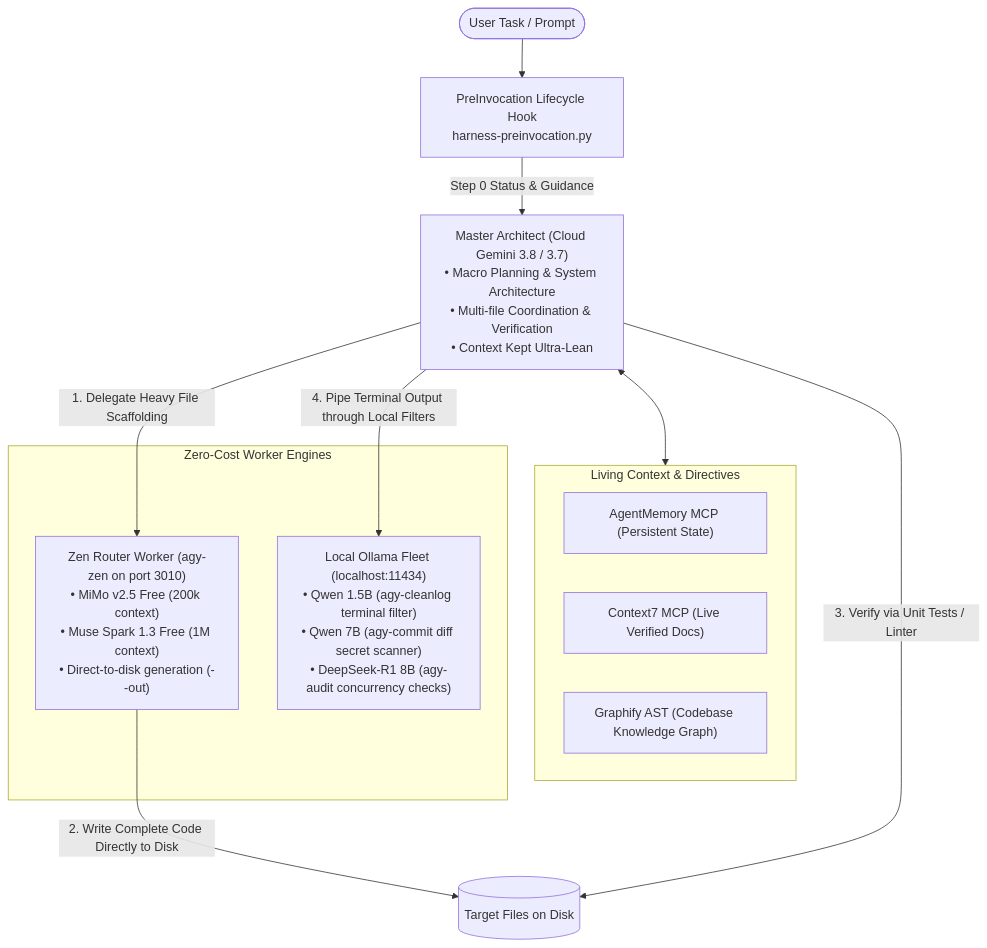
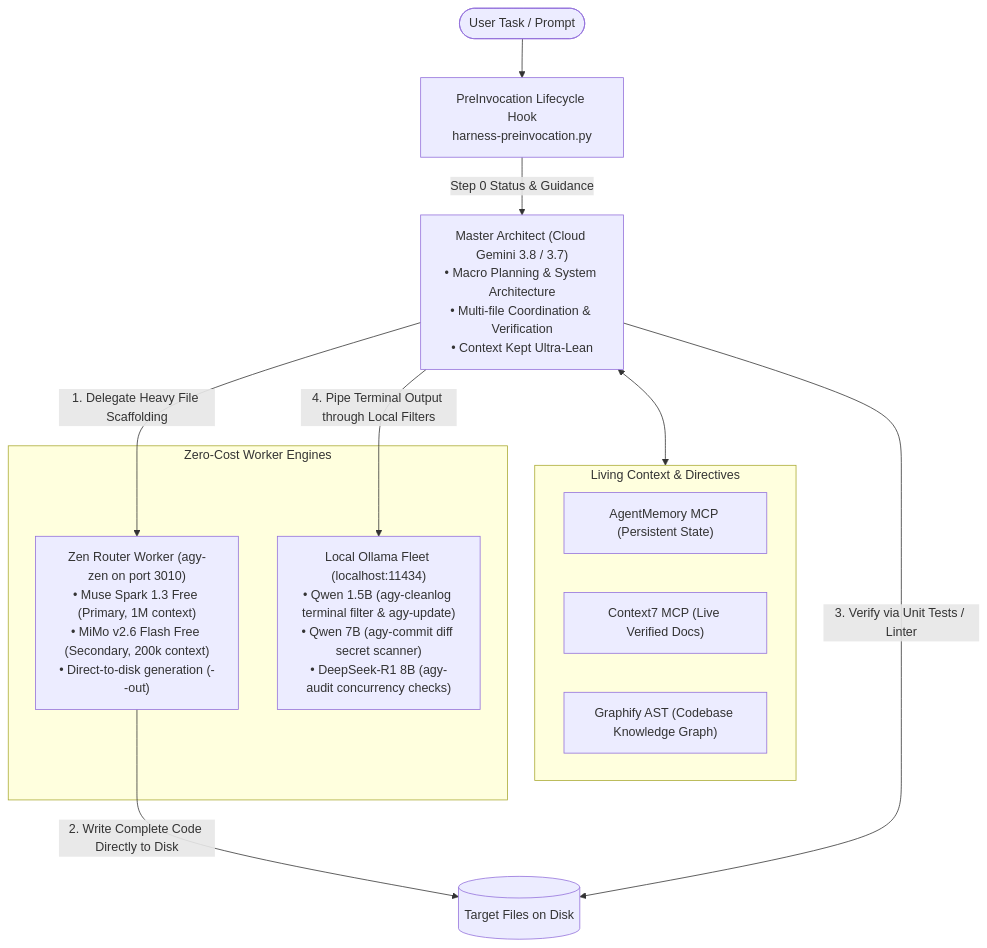
Before and after one commit to ljskr1/antigravity-custom-harness-setup: the diagram in README.md, drawn with Mermaid. The commit also changed other lines of this file and 17 other files, not shown here.

````diff
--- a/README.md
+++ b/README.md
@@ -21,22 +21,22 @@
 ```mermaid
 flowchart TD
     User([User Task / Prompt]) --> Hook[PreInvocation Lifecycle Hook<br/>harness-preinvocation.py]
     Hook -->|Step 0 Status & Guidance| Gemini["Master Architect (Cloud Gemini 3.8 / 3.7)<br/>• Macro Planning & System Architecture<br/>• Multi-file Coordination & Verification<br/>• Context Kept Ultra-Lean"]
 
     subgraph MemoryDocs ["Living Context & Directives"]
         AgentMemory["AgentMemory MCP (Persistent State)"]
         Context7["Context7 MCP (Live Verified Docs)"]
         Graphify["Graphify AST (Codebase Knowledge Graph)"]
     end
 
     subgraph Workers ["Zero-Cost Worker Engines"]
-        Zen["Zen Router Worker (agy-zen on port 3010)<br/>• MiMo v2.5 Free (200k context)<br/>• Muse Spark 1.3 Free (1M context)<br/>• Direct-to-disk generation (--out)"]
-        Ollama["Local Ollama Fleet (localhost:11434)<br/>• Qwen 1.5B (agy-cleanlog terminal filter)<br/>• Qwen 7B (agy-commit diff secret scanner)<br/>• DeepSeek-R1 8B (agy-audit concurrency checks)"]
+        Zen["Zen Router Worker (agy-zen on port 3010)<br/>• Muse Spark 1.3 Free (Primary, 1M context)<br/>• MiMo v2.6 Flash Free (Secondary, 200k context)<br/>• Direct-to-disk generation (--out)"]
+        Ollama["Local Ollama Fleet (localhost:11434)<br/>• Qwen 1.5B (agy-cleanlog terminal filter & agy-update)<br/>• Qwen 7B (agy-commit diff secret scanner)<br/>• DeepSeek-R1 8B (agy-audit concurrency checks)"]
     end
 
     Gemini <--> MemoryDocs
     Gemini -->|1. Delegate Heavy File Scaffolding| Zen
     Zen -->|2. Write Complete Code Directly to Disk| Disk[(Target Files on Disk)]
     Gemini -->|3. Verify via Unit Tests / Linter| Disk
     Gemini -->|4. Pipe Terminal Output through Local Filters| Ollama
 ```
````
